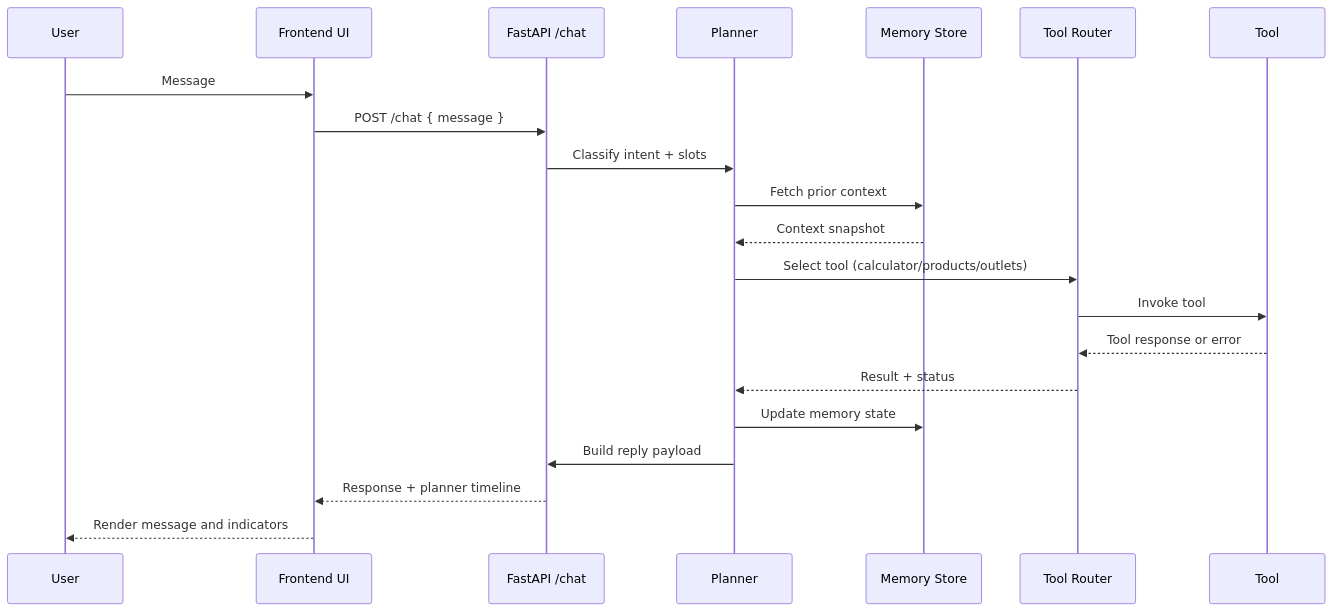
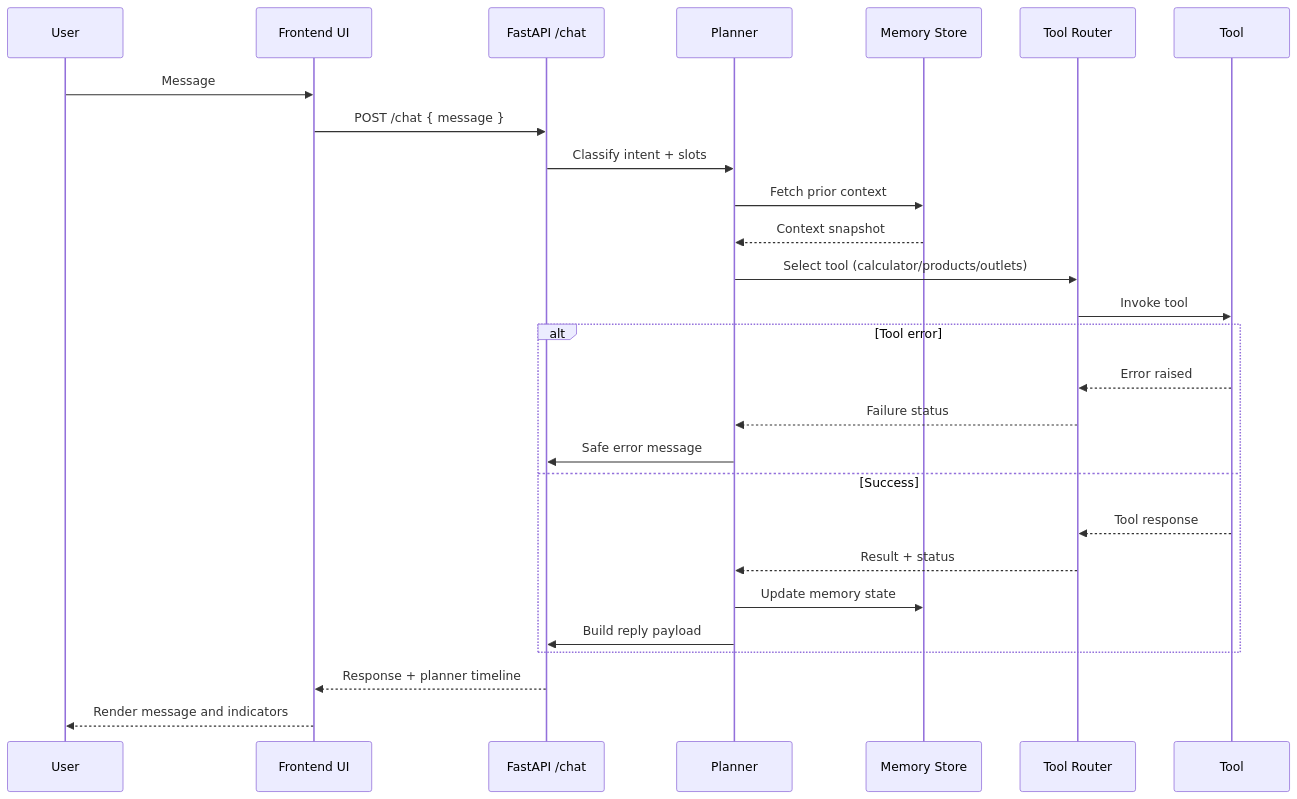
The diagram in docs/diagrams/planner-sequence.mmd (ryzncodes/chatbot-agent), drawn with Mermaid before and after one commit. The commit also changed 8 other files, not shown here.

First line of the commit message:
Add Mermaid diagram exports and update system architecture

```diff
--- a/docs/diagrams/planner-sequence.mmd
+++ b/docs/diagrams/planner-sequence.mmd
@@ -1,22 +1,28 @@
 sequenceDiagram
     participant U as User
     participant FE as Frontend UI
     participant API as FastAPI /chat
     participant PL as Planner
     participant MEM as Memory Store
     participant TR as Tool Router
     participant TL as Tool
 
     U->>FE: Message
     FE->>API: POST /chat { message }
     API->>PL: Classify intent + slots
     PL->>MEM: Fetch prior context
     MEM-->>PL: Context snapshot
     PL->>TR: Select tool (calculator/products/outlets)
     TR->>TL: Invoke tool
-    TL-->>TR: Tool response or error
-    TR-->>PL: Result + status
-    PL->>MEM: Update memory state
-    PL->>API: Build reply payload
+    alt Tool error
+        TL-->>TR: Error raised
+        TR-->>PL: Failure status
+        PL->>API: Safe error message
+    else Success
+        TL-->>TR: Tool response
+        TR-->>PL: Result + status
+        PL->>MEM: Update memory state
+        PL->>API: Build reply payload
+    end
     API-->>FE: Response + planner timeline
     FE-->>U: Render message and indicators
```
